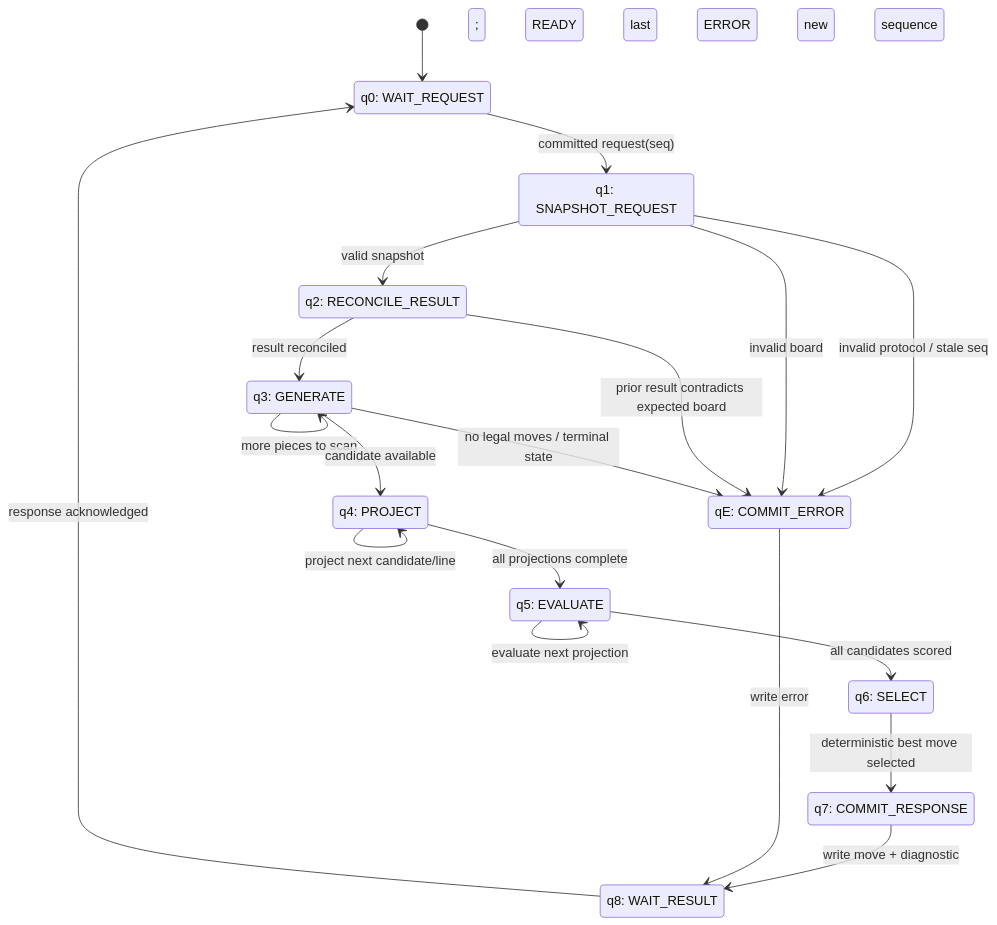
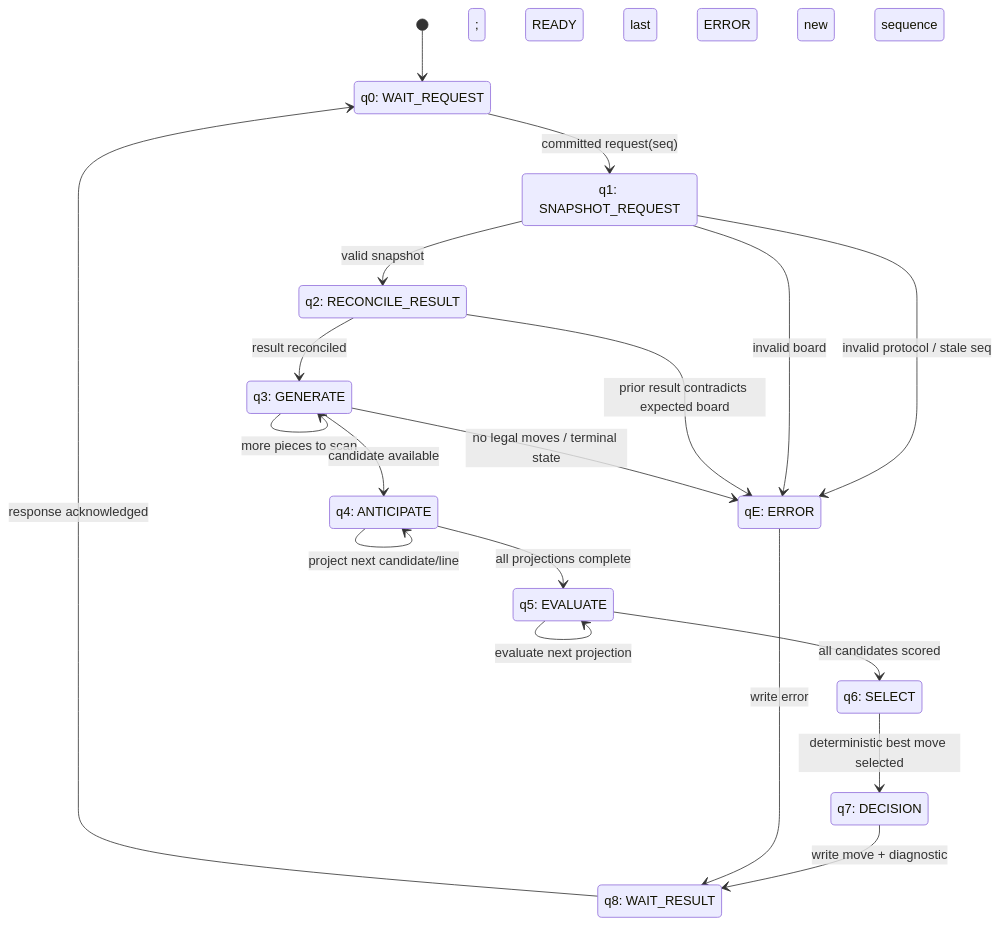
Before and after one commit to intelliputer/intellicart: the diagram in research/checkers-evidence/FSA-LOGIC.md, drawn with Mermaid. The commit also changed 9 other files, not shown here.

````diff
--- a/research/checkers-evidence/FSA-LOGIC.md
+++ b/research/checkers-evidence/FSA-LOGIC.md
@@ -7,39 +7,39 @@
 ```mermaid
 stateDiagram-v2
     [*] --> q0
 
     state "q0: WAIT_REQUEST" as q0
     state "q1: SNAPSHOT_REQUEST" as q1
     state "q2: RECONCILE_RESULT" as q2
     state "q3: GENERATE" as q3
-    state "q4: PROJECT" as q4
+    state "q4: ANTICIPATE" as q4
     state "q5: EVALUATE" as q5
     state "q6: SELECT" as q6
-    state "q7: COMMIT_RESPONSE" as q7
-    state "qE: COMMIT_ERROR" as qE
+    state "q7: DECISION" as q7
+    state "qE: ERROR" as qE
     state "q8: WAIT_RESULT" as q8
 
     q0 --> q1: committed request(seq)
     q1 --> qE: invalid protocol / stale seq
     q1 --> qE: invalid board
     q1 --> q2: valid snapshot
 
     q2 --> qE: prior result contradicts expected board
     q2 --> q3: result reconciled
 
     q3 --> qE: no legal moves / terminal state
     q3 --> q3: more pieces to scan
     q3 --> q4: candidate available
 
     q4 --> q4: project next candidate/line
     q4 --> q5: all projections complete
 
     q5 --> q5: evaluate next projection
     q5 --> q6: all candidates scored
 
     q6 --> q7: deterministic best move selected
     q7 --> q8: write move + diagnostic; READY last
 
     qE --> q8: write error; ERROR last
     q8 --> q0: response acknowledged; new sequence
 ```
````
